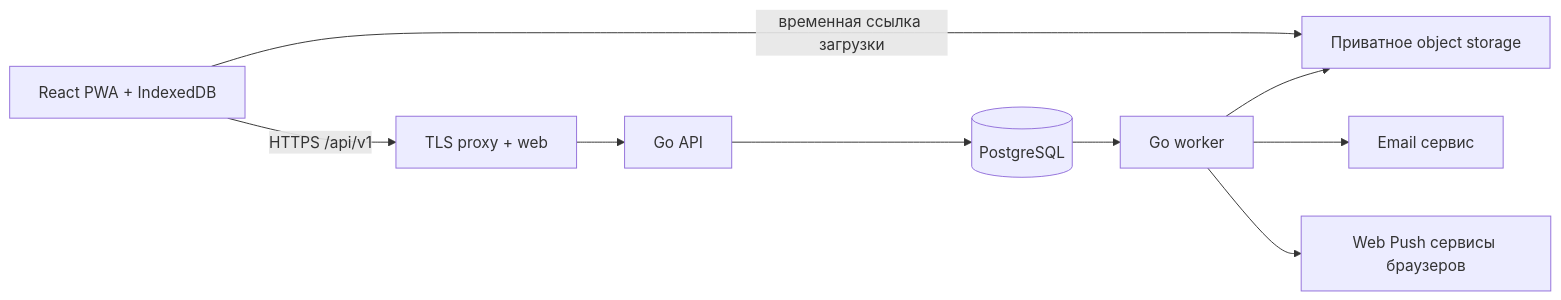
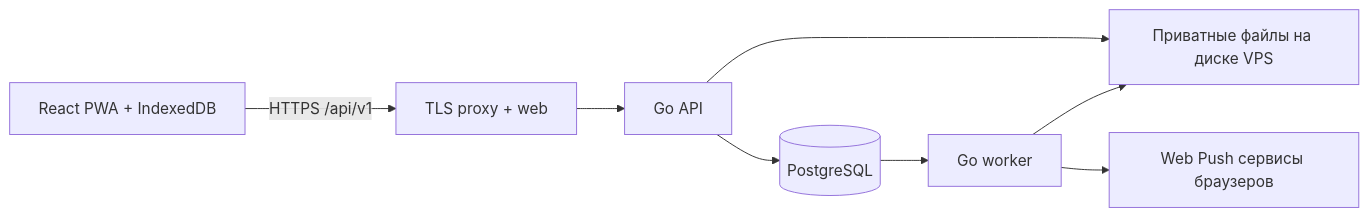
One commit to fogel-dev/podhod changed the diagram in docs/backend.md. Above: the diagram before and after it, drawn with Mermaid. The commit also changed other lines of this file and 10 other files, not shown here.

Commit message:
EGO-22: подготовлен бюджетный VPS, HTTPS и приватное хранение файлов

````diff
--- a/docs/backend.md
+++ b/docs/backend.md
@@ -17,11 +17,10 @@
 ```mermaid
 flowchart LR
   PWA[React PWA + IndexedDB] -->|HTTPS /api/v1| Proxy[TLS proxy + web]
   Proxy --> API[Go API]
   API --> DB[(PostgreSQL)]
   DB --> W[Go worker]
-  PWA -->|временная ссылка загрузки| S3[Приватное object storage]
-  W --> S3
-  W --> Mail[Email сервис]
+  API --> Files[Приватные файлы на диске VPS]
+  W --> Files
   W --> Push[Web Push сервисы браузеров]
 ```
````
